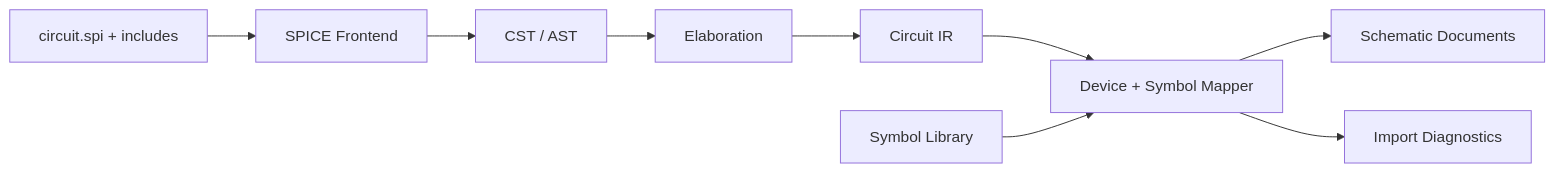
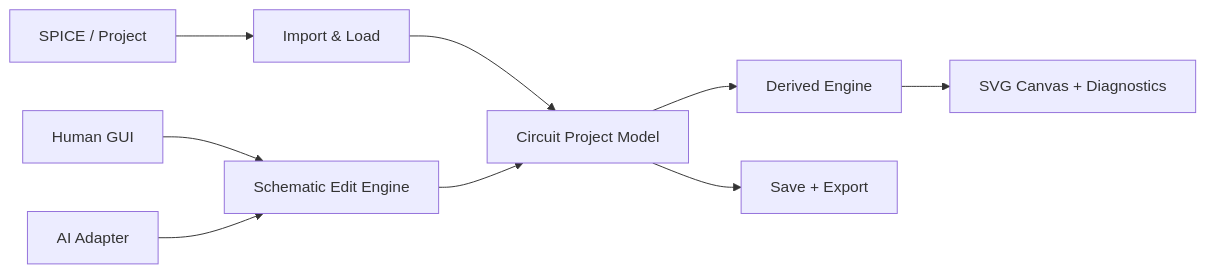
The first of 2 diagrams in docs/overall-product-plan.md (Huangshu0010/analog-canvas), drawn with Mermaid before and after one commit. The commit also changed other lines of this file and 2 other files, not shown here.

Commit message:
Flatten overall circuit canvas architecture

````diff
--- a/docs/overall-product-plan.md
+++ b/docs/overall-product-plan.md
@@ -535,11 +25,13 @@
 ```mermaid
 flowchart LR
-    SPI["circuit.spi + includes"] --> PARSE["SPICE Frontend"]
-    PARSE --> AST["CST / AST"]
-    AST --> ELAB["Elaboration"]
-    ELAB --> IR["Circuit IR"]
-    IR --> MAP["Device + Symbol Mapper"]
-    SYM["Symbol Library"] --> MAP
-    MAP --> DOCS["Schematic Documents"]
-    MAP --> DIAG["Import Diagnostics"]
+    INPUT["SPICE / Project"] --> LOAD["Import & Load"]
+    LOAD --> MODEL["Circuit Project Model"]
+
+    HUMAN["Human GUI"] --> EDIT["Schematic Edit Engine"]
+    AI["AI Adapter"] --> EDIT
+    EDIT --> MODEL
+
+    MODEL --> DERIVED["Derived Engine"]
+    DERIVED --> VIEW["SVG Canvas + Diagnostics"]
+    MODEL --> OUTPUT["Save + Export"]
 ```
````
